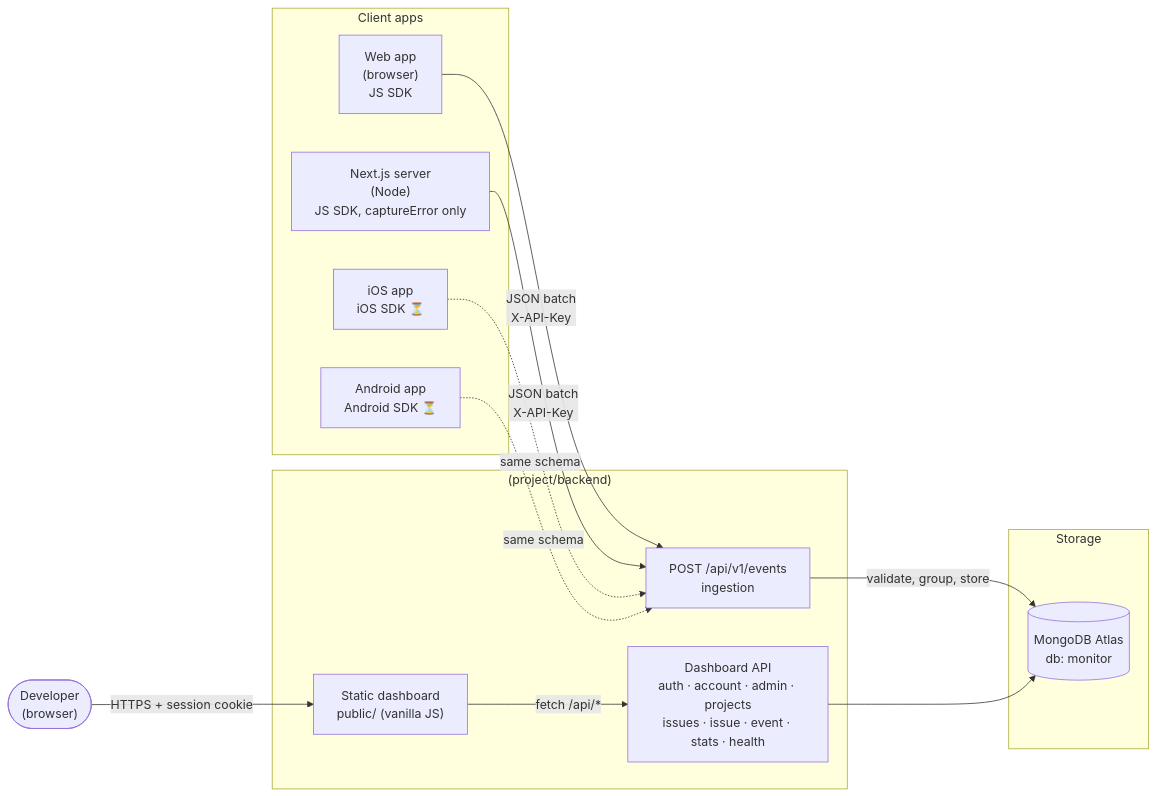
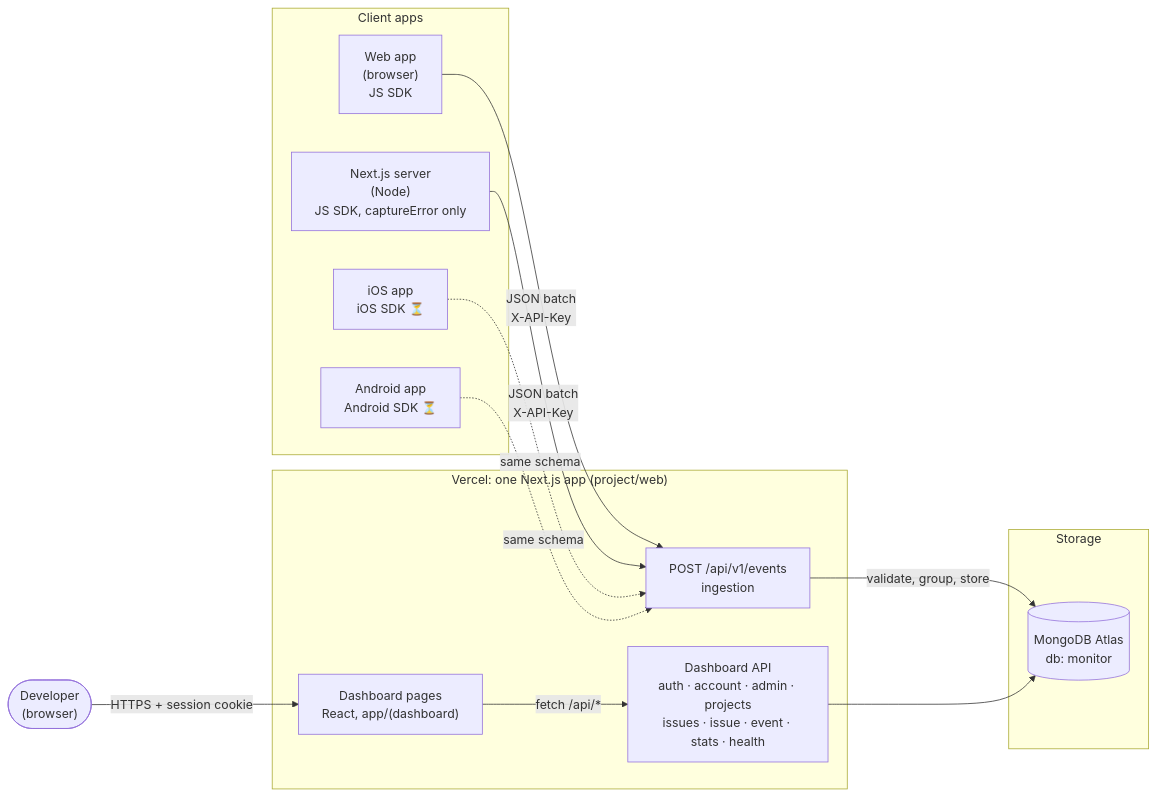
One commit to sou842/monitoring_system changed the first of 3 diagrams in docs/ARCHITECTURE.md. Above: the diagram before and after it, drawn with Mermaid. The commit also changed other lines of this file and 192 other files, not shown here.

First line of the commit message:
Merge backend and dashboard into one Next.js app (project/web)

````diff
--- a/docs/ARCHITECTURE.md
+++ b/docs/ARCHITECTURE.md
@@ -9,32 +9,32 @@
 ```mermaid
 flowchart LR
     subgraph Clients["Client apps"]
         WEB["Web app<br/>(browser)<br/>JS SDK"]
         NODE["Next.js server<br/>(Node)<br/>JS SDK, captureError only"]
         IOS["iOS app<br/>iOS SDK ⏳"]
         AND["Android app<br/>Android SDK ⏳"]
     end
 
-    subgraph Vercel[" (project/backend)"]
+    subgraph Vercel["Vercel: one Next.js app (project/web)"]
         ING["POST /api/v1/events<br/>ingestion"]
         DASHAPI["Dashboard API<br/>auth · account · admin · projects<br/>issues · issue · event · stats · health"]
-        STATIC["Static dashboard<br/>public/ (vanilla JS)"]
+        STATIC["Dashboard pages<br/>React, app/(dashboard)"]
     end
 
     subgraph Storage
         MONGO[("MongoDB Atlas<br/>db: monitor")]
     end
 
     USER(["Developer<br/>(browser)"])
 
     WEB -- "JSON batch<br/>X-API-Key" --> ING
     NODE -- "JSON batch<br/>X-API-Key" --> ING
     IOS -. "same schema" .-> ING
     AND -. "same schema" .-> ING
 
     ING -- "validate, group, store" --> MONGO
 
     USER -- "HTTPS + session cookie" --> STATIC
     STATIC -- "fetch /api/*" --> DASHAPI
     DASHAPI --> MONGO
 ```
````
